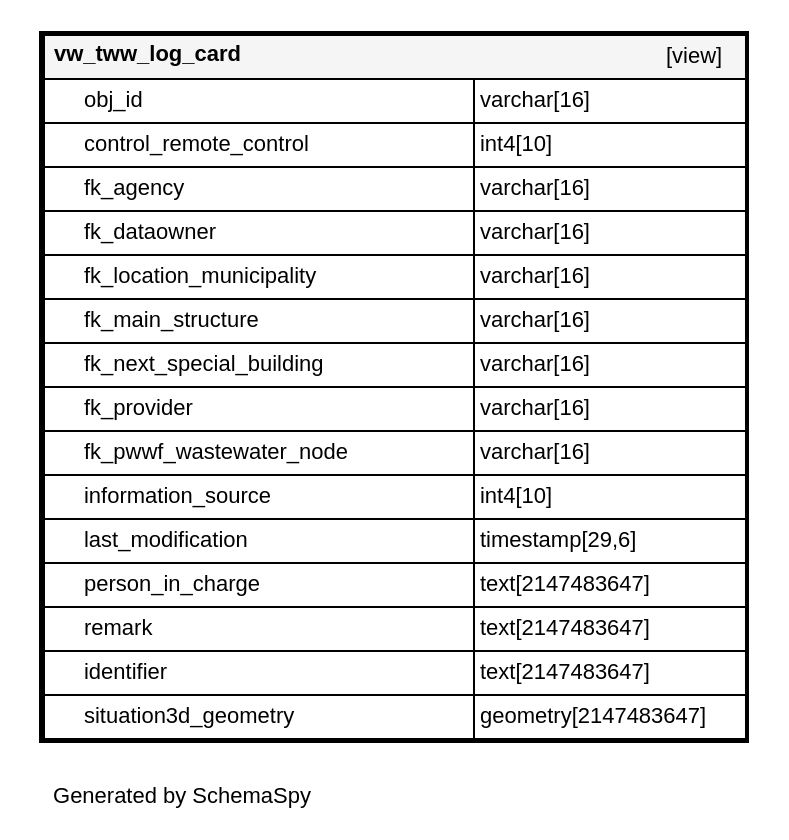
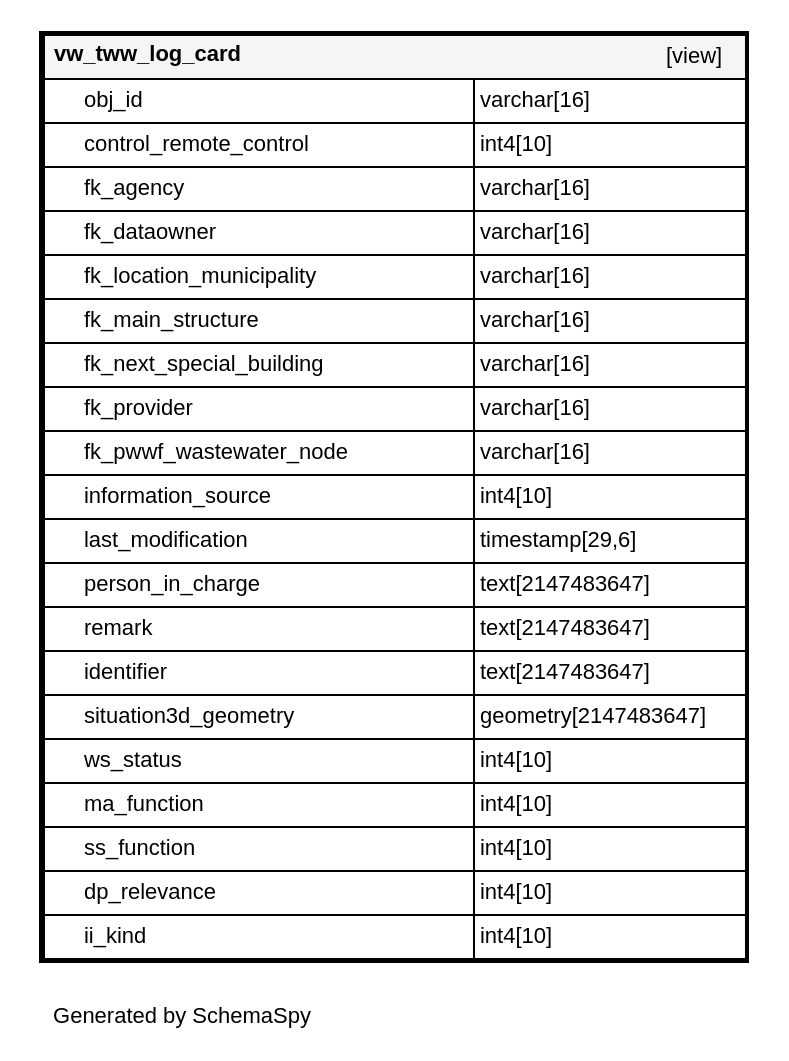
Before and after one commit to teksi/wastewater: the diagram in en/_static/datamodel/tww_app/diagrams/tables/vw_tww_log_card.1degree.dot, drawn with Graphviz. The commit also changed 57 other files, not shown here.

```diff
--- a/en/_static/datamodel/tww_app/diagrams/tables/vw_tww_log_card.1degree.dot
+++ b/en/_static/datamodel/tww_app/diagrams/tables/vw_tww_log_card.1degree.dot
@@ -1,27 +1,32 @@
 digraph "oneDegreeRelationshipsDiagram" {
   graph [    rankdir="RL"    bgcolor="#ffffff"    label="\nGenerated by SchemaSpy"    labeljust="l"    nodesep="0.18"    ranksep="0.46"    fontname="Helvetica"    fontsize="11"    packmode="graph"  ];  node [    fontname="Helvetica"    fontsize="11"    shape="plaintext"  ];  edge [    arrowsize="0.8"  ];
   "vw_tww_log_card" [
    label=<
     <TABLE BORDER="2" CELLBORDER="1" CELLSPACING="0" BGCOLOR="#ffffff">
       <TR><TD COLSPAN="4"  BGCOLOR="#f5f5f5"><TABLE BORDER="0" CELLSPACING="0"><TR><TD ALIGN="LEFT" FIXEDSIZE="TRUE" WIDTH="125" HEIGHT="16"><B>vw_tww_log_card</B></TD><TD ALIGN="RIGHT">[view]</TD></TR></TABLE></TD></TR>
       <TR><TD PORT="obj_id" COLSPAN="2" ALIGN="LEFT"><TABLE BORDER="0" CELLSPACING="0" ALIGN="LEFT"><TR ALIGN="LEFT"><TD ALIGN="LEFT" FIXEDSIZE="TRUE" WIDTH="15" HEIGHT="16"></TD><TD ALIGN="LEFT" FIXEDSIZE="TRUE" WIDTH="194" HEIGHT="16">obj_id</TD></TR></TABLE></TD><TD PORT="obj_id.type" ALIGN="LEFT">varchar[16]</TD></TR>
       <TR><TD PORT="control_remote_control" COLSPAN="2" ALIGN="LEFT"><TABLE BORDER="0" CELLSPACING="0" ALIGN="LEFT"><TR ALIGN="LEFT"><TD ALIGN="LEFT" FIXEDSIZE="TRUE" WIDTH="15" HEIGHT="16"></TD><TD ALIGN="LEFT" FIXEDSIZE="TRUE" WIDTH="194" HEIGHT="16">control_remote_control</TD></TR></TABLE></TD><TD PORT="control_remote_control.type" ALIGN="LEFT">int4[10]</TD></TR>
       <TR><TD PORT="fk_agency" COLSPAN="2" ALIGN="LEFT"><TABLE BORDER="0" CELLSPACING="0" ALIGN="LEFT"><TR ALIGN="LEFT"><TD ALIGN="LEFT" FIXEDSIZE="TRUE" WIDTH="15" HEIGHT="16"></TD><TD ALIGN="LEFT" FIXEDSIZE="TRUE" WIDTH="194" HEIGHT="16">fk_agency</TD></TR></TABLE></TD><TD PORT="fk_agency.type" ALIGN="LEFT">varchar[16]</TD></TR>
       <TR><TD PORT="fk_dataowner" COLSPAN="2" ALIGN="LEFT"><TABLE BORDER="0" CELLSPACING="0" ALIGN="LEFT"><TR ALIGN="LEFT"><TD ALIGN="LEFT" FIXEDSIZE="TRUE" WIDTH="15" HEIGHT="16"></TD><TD ALIGN="LEFT" FIXEDSIZE="TRUE" WIDTH="194" HEIGHT="16">fk_dataowner</TD></TR></TABLE></TD><TD PORT="fk_dataowner.type" ALIGN="LEFT">varchar[16]</TD></TR>
       <TR><TD PORT="fk_location_municipality" COLSPAN="2" ALIGN="LEFT"><TABLE BORDER="0" CELLSPACING="0" ALIGN="LEFT"><TR ALIGN="LEFT"><TD ALIGN="LEFT" FIXEDSIZE="TRUE" WIDTH="15" HEIGHT="16"></TD><TD ALIGN="LEFT" FIXEDSIZE="TRUE" WIDTH="194" HEIGHT="16">fk_location_municipality</TD></TR></TABLE></TD><TD PORT="fk_location_municipality.type" ALIGN="LEFT">varchar[16]</TD></TR>
       <TR><TD PORT="fk_main_structure" COLSPAN="2" ALIGN="LEFT"><TABLE BORDER="0" CELLSPACING="0" ALIGN="LEFT"><TR ALIGN="LEFT"><TD ALIGN="LEFT" FIXEDSIZE="TRUE" WIDTH="15" HEIGHT="16"></TD><TD ALIGN="LEFT" FIXEDSIZE="TRUE" WIDTH="194" HEIGHT="16">fk_main_structure</TD></TR></TABLE></TD><TD PORT="fk_main_structure.type" ALIGN="LEFT">varchar[16]</TD></TR>
       <TR><TD PORT="fk_next_special_building" COLSPAN="2" ALIGN="LEFT"><TABLE BORDER="0" CELLSPACING="0" ALIGN="LEFT"><TR ALIGN="LEFT"><TD ALIGN="LEFT" FIXEDSIZE="TRUE" WIDTH="15" HEIGHT="16"></TD><TD ALIGN="LEFT" FIXEDSIZE="TRUE" WIDTH="194" HEIGHT="16">fk_next_special_building</TD></TR></TABLE></TD><TD PORT="fk_next_special_building.type" ALIGN="LEFT">varchar[16]</TD></TR>
       <TR><TD PORT="fk_provider" COLSPAN="2" ALIGN="LEFT"><TABLE BORDER="0" CELLSPACING="0" ALIGN="LEFT"><TR ALIGN="LEFT"><TD ALIGN="LEFT" FIXEDSIZE="TRUE" WIDTH="15" HEIGHT="16"></TD><TD ALIGN="LEFT" FIXEDSIZE="TRUE" WIDTH="194" HEIGHT="16">fk_provider</TD></TR></TABLE></TD><TD PORT="fk_provider.type" ALIGN="LEFT">varchar[16]</TD></TR>
       <TR><TD PORT="fk_pwwf_wastewater_node" COLSPAN="2" ALIGN="LEFT"><TABLE BORDER="0" CELLSPACING="0" ALIGN="LEFT"><TR ALIGN="LEFT"><TD ALIGN="LEFT" FIXEDSIZE="TRUE" WIDTH="15" HEIGHT="16"></TD><TD ALIGN="LEFT" FIXEDSIZE="TRUE" WIDTH="194" HEIGHT="16">fk_pwwf_wastewater_node</TD></TR></TABLE></TD><TD PORT="fk_pwwf_wastewater_node.type" ALIGN="LEFT">varchar[16]</TD></TR>
       <TR><TD PORT="information_source" COLSPAN="2" ALIGN="LEFT"><TABLE BORDER="0" CELLSPACING="0" ALIGN="LEFT"><TR ALIGN="LEFT"><TD ALIGN="LEFT" FIXEDSIZE="TRUE" WIDTH="15" HEIGHT="16"></TD><TD ALIGN="LEFT" FIXEDSIZE="TRUE" WIDTH="194" HEIGHT="16">information_source</TD></TR></TABLE></TD><TD PORT="information_source.type" ALIGN="LEFT">int4[10]</TD></TR>
       <TR><TD PORT="last_modification" COLSPAN="2" ALIGN="LEFT"><TABLE BORDER="0" CELLSPACING="0" ALIGN="LEFT"><TR ALIGN="LEFT"><TD ALIGN="LEFT" FIXEDSIZE="TRUE" WIDTH="15" HEIGHT="16"></TD><TD ALIGN="LEFT" FIXEDSIZE="TRUE" WIDTH="194" HEIGHT="16">last_modification</TD></TR></TABLE></TD><TD PORT="last_modification.type" ALIGN="LEFT">timestamp[29,6]</TD></TR>
       <TR><TD PORT="person_in_charge" COLSPAN="2" ALIGN="LEFT"><TABLE BORDER="0" CELLSPACING="0" ALIGN="LEFT"><TR ALIGN="LEFT"><TD ALIGN="LEFT" FIXEDSIZE="TRUE" WIDTH="15" HEIGHT="16"></TD><TD ALIGN="LEFT" FIXEDSIZE="TRUE" WIDTH="194" HEIGHT="16">person_in_charge</TD></TR></TABLE></TD><TD PORT="person_in_charge.type" ALIGN="LEFT">text[2147483647]</TD></TR>
       <TR><TD PORT="remark" COLSPAN="2" ALIGN="LEFT"><TABLE BORDER="0" CELLSPACING="0" ALIGN="LEFT"><TR ALIGN="LEFT"><TD ALIGN="LEFT" FIXEDSIZE="TRUE" WIDTH="15" HEIGHT="16"></TD><TD ALIGN="LEFT" FIXEDSIZE="TRUE" WIDTH="194" HEIGHT="16">remark</TD></TR></TABLE></TD><TD PORT="remark.type" ALIGN="LEFT">text[2147483647]</TD></TR>
       <TR><TD PORT="identifier" COLSPAN="2" ALIGN="LEFT"><TABLE BORDER="0" CELLSPACING="0" ALIGN="LEFT"><TR ALIGN="LEFT"><TD ALIGN="LEFT" FIXEDSIZE="TRUE" WIDTH="15" HEIGHT="16"></TD><TD ALIGN="LEFT" FIXEDSIZE="TRUE" WIDTH="194" HEIGHT="16">identifier</TD></TR></TABLE></TD><TD PORT="identifier.type" ALIGN="LEFT">text[2147483647]</TD></TR>
       <TR><TD PORT="situation3d_geometry" COLSPAN="2" ALIGN="LEFT"><TABLE BORDER="0" CELLSPACING="0" ALIGN="LEFT"><TR ALIGN="LEFT"><TD ALIGN="LEFT" FIXEDSIZE="TRUE" WIDTH="15" HEIGHT="16"></TD><TD ALIGN="LEFT" FIXEDSIZE="TRUE" WIDTH="194" HEIGHT="16">situation3d_geometry</TD></TR></TABLE></TD><TD PORT="situation3d_geometry.type" ALIGN="LEFT">geometry[2147483647]</TD></TR>
+      <TR><TD PORT="ws_status" COLSPAN="2" ALIGN="LEFT"><TABLE BORDER="0" CELLSPACING="0" ALIGN="LEFT"><TR ALIGN="LEFT"><TD ALIGN="LEFT" FIXEDSIZE="TRUE" WIDTH="15" HEIGHT="16"></TD><TD ALIGN="LEFT" FIXEDSIZE="TRUE" WIDTH="194" HEIGHT="16">ws_status</TD></TR></TABLE></TD><TD PORT="ws_status.type" ALIGN="LEFT">int4[10]</TD></TR>
+      <TR><TD PORT="ma_function" COLSPAN="2" ALIGN="LEFT"><TABLE BORDER="0" CELLSPACING="0" ALIGN="LEFT"><TR ALIGN="LEFT"><TD ALIGN="LEFT" FIXEDSIZE="TRUE" WIDTH="15" HEIGHT="16"></TD><TD ALIGN="LEFT" FIXEDSIZE="TRUE" WIDTH="194" HEIGHT="16">ma_function</TD></TR></TABLE></TD><TD PORT="ma_function.type" ALIGN="LEFT">int4[10]</TD></TR>
+      <TR><TD PORT="ss_function" COLSPAN="2" ALIGN="LEFT"><TABLE BORDER="0" CELLSPACING="0" ALIGN="LEFT"><TR ALIGN="LEFT"><TD ALIGN="LEFT" FIXEDSIZE="TRUE" WIDTH="15" HEIGHT="16"></TD><TD ALIGN="LEFT" FIXEDSIZE="TRUE" WIDTH="194" HEIGHT="16">ss_function</TD></TR></TABLE></TD><TD PORT="ss_function.type" ALIGN="LEFT">int4[10]</TD></TR>
+      <TR><TD PORT="dp_relevance" COLSPAN="2" ALIGN="LEFT"><TABLE BORDER="0" CELLSPACING="0" ALIGN="LEFT"><TR ALIGN="LEFT"><TD ALIGN="LEFT" FIXEDSIZE="TRUE" WIDTH="15" HEIGHT="16"></TD><TD ALIGN="LEFT" FIXEDSIZE="TRUE" WIDTH="194" HEIGHT="16">dp_relevance</TD></TR></TABLE></TD><TD PORT="dp_relevance.type" ALIGN="LEFT">int4[10]</TD></TR>
+      <TR><TD PORT="ii_kind" COLSPAN="2" ALIGN="LEFT"><TABLE BORDER="0" CELLSPACING="0" ALIGN="LEFT"><TR ALIGN="LEFT"><TD ALIGN="LEFT" FIXEDSIZE="TRUE" WIDTH="15" HEIGHT="16"></TD><TD ALIGN="LEFT" FIXEDSIZE="TRUE" WIDTH="194" HEIGHT="16">ii_kind</TD></TR></TABLE></TD><TD PORT="ii_kind.type" ALIGN="LEFT">int4[10]</TD></TR>
     </TABLE>>
     URL="../../tables/vw_tww_log_card.html"
     target="_top"
     tooltip="vw_tww_log_card"
   ];
 }
```
